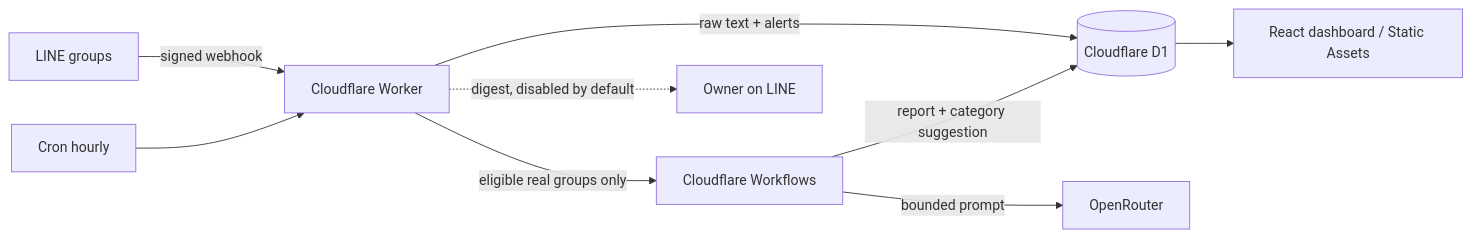
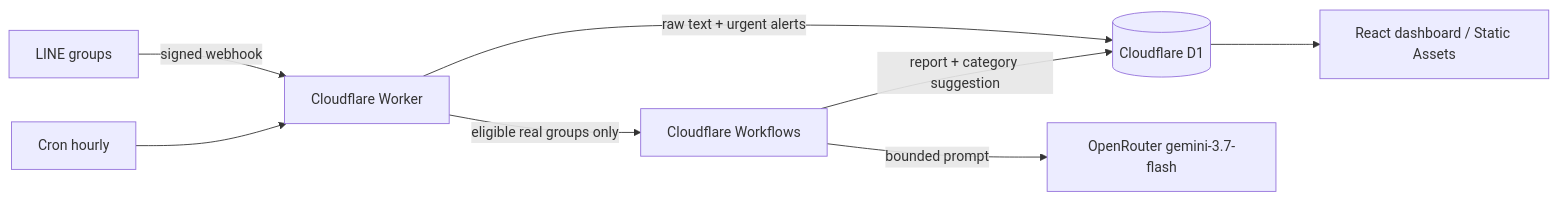
Before and after one commit to gobank01/line-secretary-cloudflare: the diagram in README.md, drawn with Mermaid. The commit also changed other lines of this file and 25 other files, not shown here.

````diff
--- a/README.md
+++ b/README.md
@@ -16,11 +21,10 @@
 ```mermaid
 flowchart LR
   LINE[LINE groups] -->|signed webhook| W[Cloudflare Worker]
-  W -->|raw text + alerts| D1[(Cloudflare D1)]
+  W -->|raw text + urgent alerts| D1[(Cloudflare D1)]
   C[Cron hourly] --> W
   W -->|eligible real groups only| WF[Cloudflare Workflows]
-  WF -->|bounded prompt| OR[OpenRouter]
+  WF -->|bounded prompt| OR[OpenRouter gemini-3.7-flash]
   WF -->|report + category suggestion| D1
   D1 --> UI[React dashboard / Static Assets]
-  W -. digest, disabled by default .-> OWNER[Owner on LINE]
 ```
````
